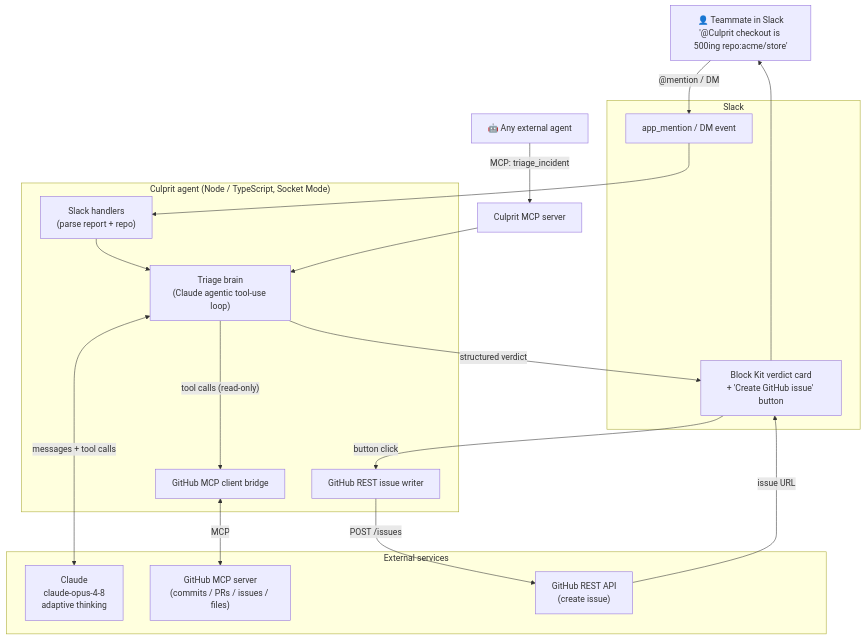
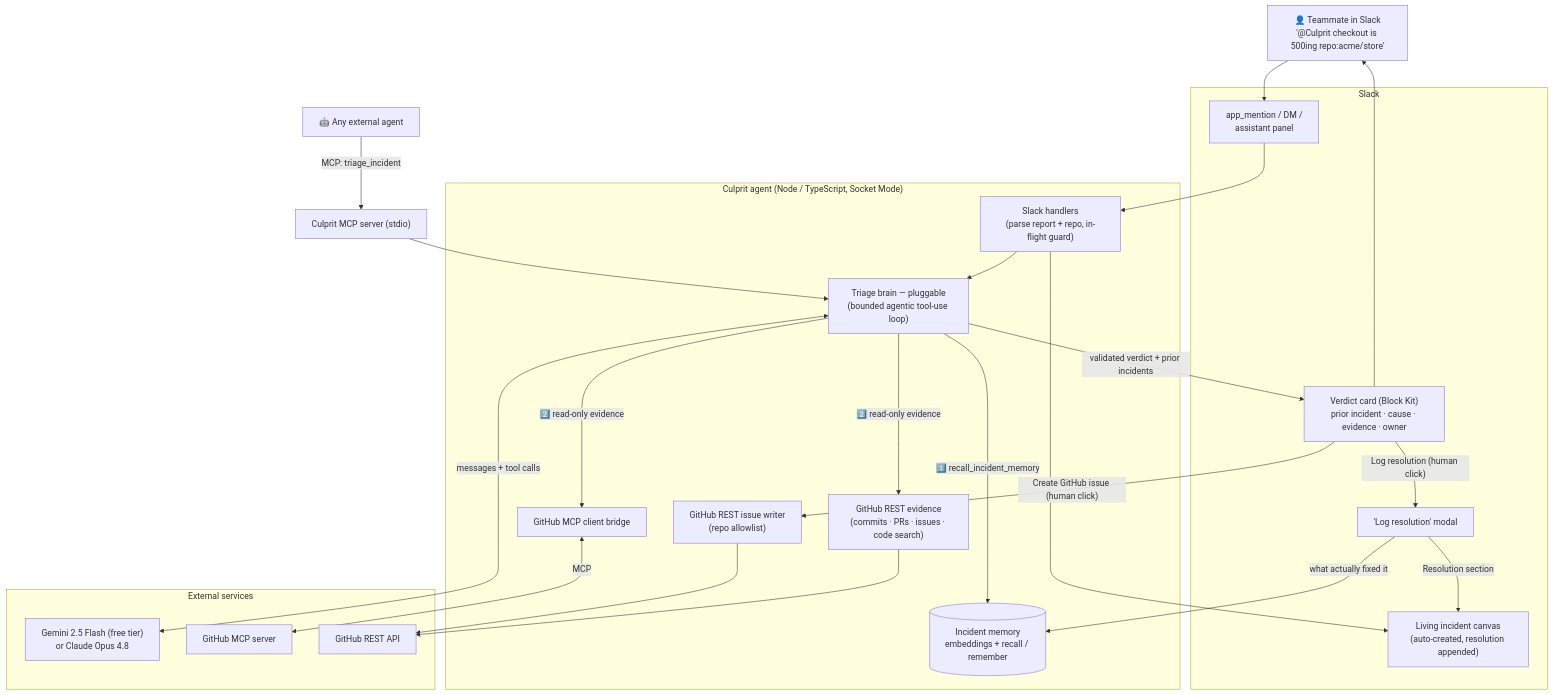
The first of 2 diagrams in architecture_diagram.md (Uthmannabeel/culprit), drawn with Mermaid before and after one commit. The commit also changed other lines of this file and 6 other files, not shown here.

````diff
--- a/architecture_diagram.md
+++ b/architecture_diagram.md
@@ -3,33 +3,41 @@
 ```mermaid
 flowchart TD
     user["👤 Teammate in Slack<br/>'@Culprit checkout is 500ing repo:acme/store'"]
 
     subgraph slack["Slack"]
-      mention["app_mention / DM event"]
-      card["Block Kit verdict card<br/>+ 'Create GitHub issue' button"]
+      mention["app_mention / DM /<br/>assistant panel"]
+      card["Verdict card (Block Kit)<br/>prior incident · cause · evidence · owner"]
+      canvas["Living incident canvas<br/>(auto-created, resolution appended)"]
+      modal["'Log resolution' modal"]
     end
 
     subgraph culprit["Culprit agent (Node / TypeScript, Socket Mode)"]
-      handlers["Slack handlers<br/>(parse report + repo)"]
-      brain["Triage brain<br/>(Claude agentic tool-use loop)"]
+      handlers["Slack handlers<br/>(parse report + repo, in-flight guard)"]
+      brain["Triage brain — pluggable<br/>(bounded agentic tool-use loop)"]
+      memory[("Incident memory<br/>embeddings + recall / remember")]
       bridge["GitHub MCP client bridge"]
-      issuer["GitHub REST issue writer"]
+      evidence["GitHub REST evidence<br/>(commits · PRs · issues · code search)"]
+      issuer["GitHub REST issue writer<br/>(repo allowlist)"]
     end
 
     subgraph external["External services"]
-      claude["Claude<br/>claude-opus-4-8<br/>adaptive thinking"]
-      ghmcp["GitHub MCP server<br/>(commits / PRs / issues / files)"]
-      ghrest["GitHub REST API<br/>(create issue)"]
+      llm["Gemini 2.5 Flash (free tier)<br/>or Claude Opus 4.8"]
+      ghmcp["GitHub MCP server"]
+      ghrest["GitHub REST API"]
     end
 
-    user -->|"@mention / DM"| mention --> handlers --> brain
-    brain <-->|"messages + tool calls"| claude
-    brain -->|"tool calls (read-only)"| bridge <-->|"MCP"| ghmcp
-    brain -->|"structured verdict"| card --> user
-    card -->|"button click"| issuer -->|"POST /issues"| ghrest
-    ghrest -->|"issue URL"| card
+    user --> mention --> handlers --> brain
+    brain <-->|"messages + tool calls"| llm
+    brain -->|"1️⃣ recall_incident_memory"| memory
+    brain -->|"2️⃣ read-only evidence"| bridge <-->|"MCP"| ghmcp
+    brain -->|"2️⃣ read-only evidence"| evidence --> ghrest
+    brain -->|"validated verdict + prior incidents"| card --> user
+    handlers --> canvas
+    card -->|"Create GitHub issue (human click)"| issuer --> ghrest
+    card -->|"Log resolution (human click)"| modal -->|"what actually fixed it"| memory
+    modal -->|"Resolution section"| canvas
 
-    %% Culprit also EXPOSES its own MCP server
-    extagent["🤖 Any external agent"] -->|"MCP: triage_incident"| mcpserver["Culprit MCP server"]
+    %% Culprit also SERVES its own MCP tool
+    extagent["🤖 Any external agent"] -->|"MCP: triage_incident"| mcpserver["Culprit MCP server (stdio)"]
     mcpserver --> brain
 ```
````
